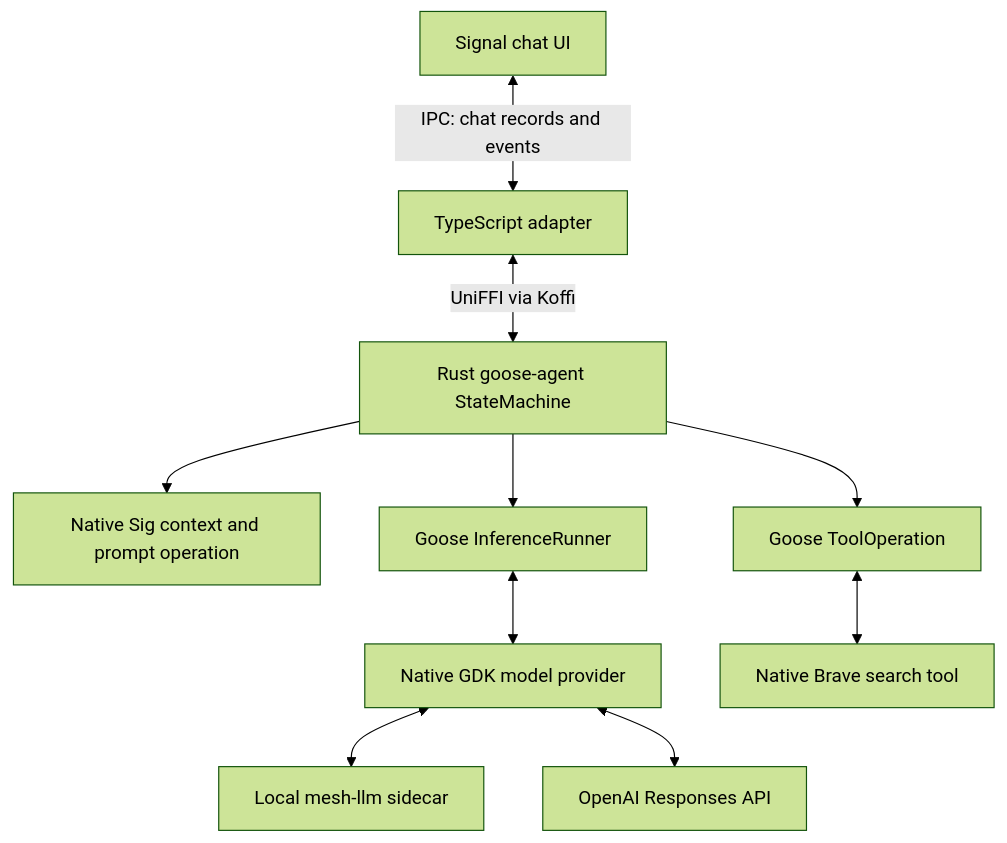
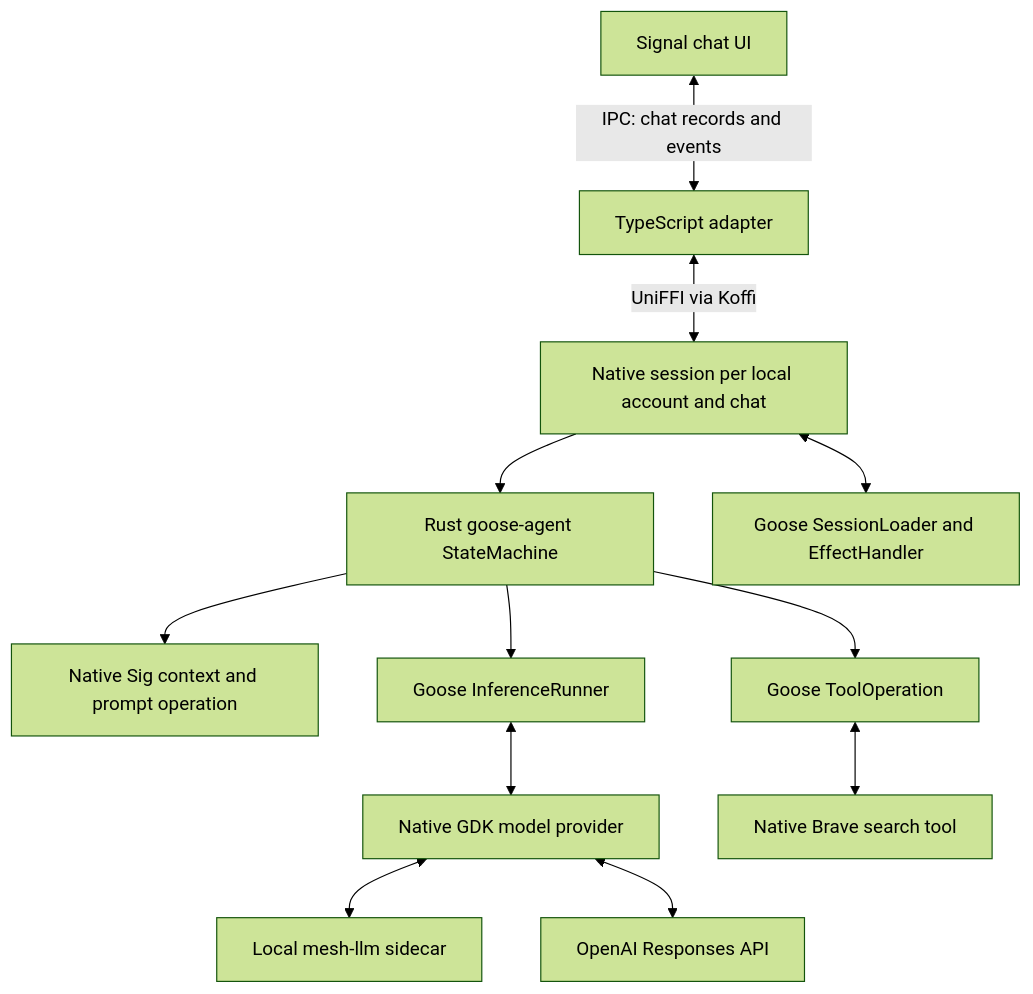
One commit to matbalez/sig-demo changed the diagram in sig-demo/gdk/README.md. Above: the diagram before and after it, drawn with Mermaid (forest theme). The commit also changed other lines of this file and 20 other files, not shown here.

Commit message:
Reuse native Goose sessions per account and chat

````diff
--- a/sig-demo/gdk/README.md
+++ b/sig-demo/gdk/README.md
@@ -24,12 +41,14 @@
 ```mermaid
 flowchart TD
     UI[Signal chat UI] <-->|IPC: chat records and events| TS[TypeScript adapter]
-    TS <-->|UniFFI via Koffi| SM[Rust goose-agent StateMachine]
+    TS <-->|UniFFI via Koffi| S[Native session per local account and chat]
+    S --> SM[Rust goose-agent StateMachine]
+    S <--> H[Goose SessionLoader and EffectHandler]
     SM --> C[Native Sig context and prompt operation]
     SM --> I[Goose InferenceRunner]
     SM --> T[Goose ToolOperation]
     I <--> P[Native GDK model provider]
     P <--> M[Local mesh-llm sidecar]
     P <--> O[OpenAI Responses API]
     T <--> B[Native Brave search tool]
 ```
````
